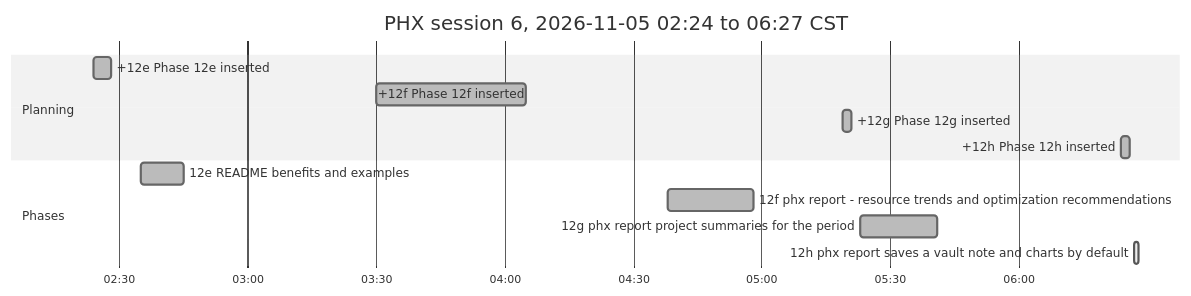
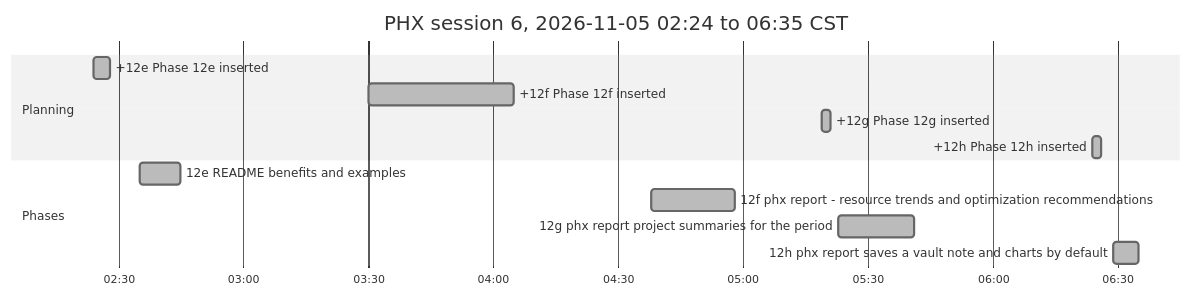
Before and after one commit to antonizick/PhaseHypervisor: the sixth of 6 diagrams in docs/PHX_FINAL-REPORT.md, drawn with Mermaid (neutral theme). The commit also changed other lines of this file and 2 other files, not shown here.

Commit message:
docs(plan): refresh timeline

````diff
--- a/docs/PHX_FINAL-REPORT.md
+++ b/docs/PHX_FINAL-REPORT.md
@@ -162,16 +162,16 @@
 ```mermaid
 gantt
-    title PHX session 6, 2026-11-05 02:24 to 06:27 CST
+    title PHX session 6, 2026-11-05 02:24 to 06:35 CST
     dateFormat YYYY-MM-DD HH:mm
     axisFormat %H:%M
     section Planning
     +12e Phase 12e inserted :done, plan4, 2026-11-05 02:24, 2026-11-05 02:28
     +12f Phase 12f inserted :done, plan5, 2026-11-05 03:30, 2026-11-05 04:05
     +12g Phase 12g inserted :done, plan6, 2026-11-05 05:19, 2026-11-05 05:21
     +12h Phase 12h inserted :done, plan7, 2026-11-05 06:24, 2026-11-05 06:26
     section Phases
     12e README benefits and examples :done, p12es6, 2026-11-05 02:35, 2026-11-05 02:45
     12f phx report - resource trends and optimization recommendations :done, p12fs6, 2026-11-05 04:38, 2026-11-05 04:58
     12g phx report project summaries for the period :done, p12gs6, 2026-11-05 05:23, 2026-11-05 05:41
-    12h phx report saves a vault note and charts by default :active, p12hs6, 2026-11-05 06:27, 2026-11-05 06:28
+    12h phx report saves a vault note and charts by default :done, p12hs6, 2026-11-05 06:29, 2026-11-05 06:35
 ```
````
